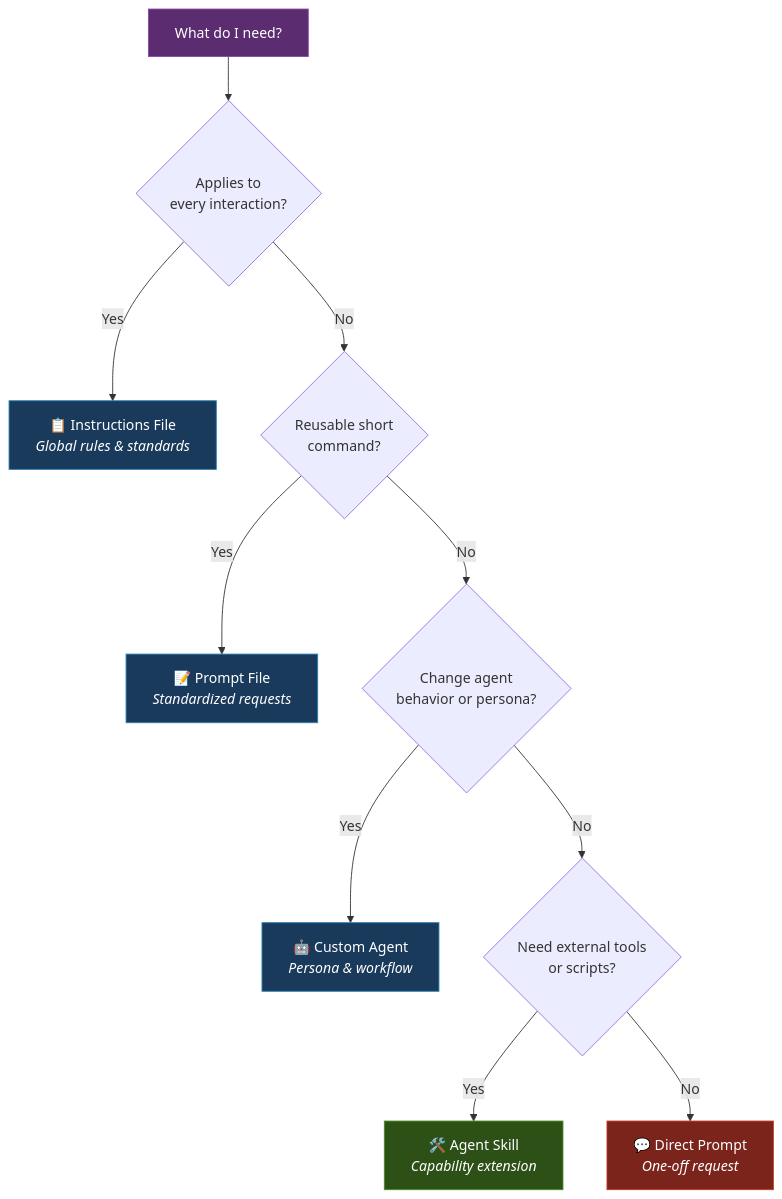
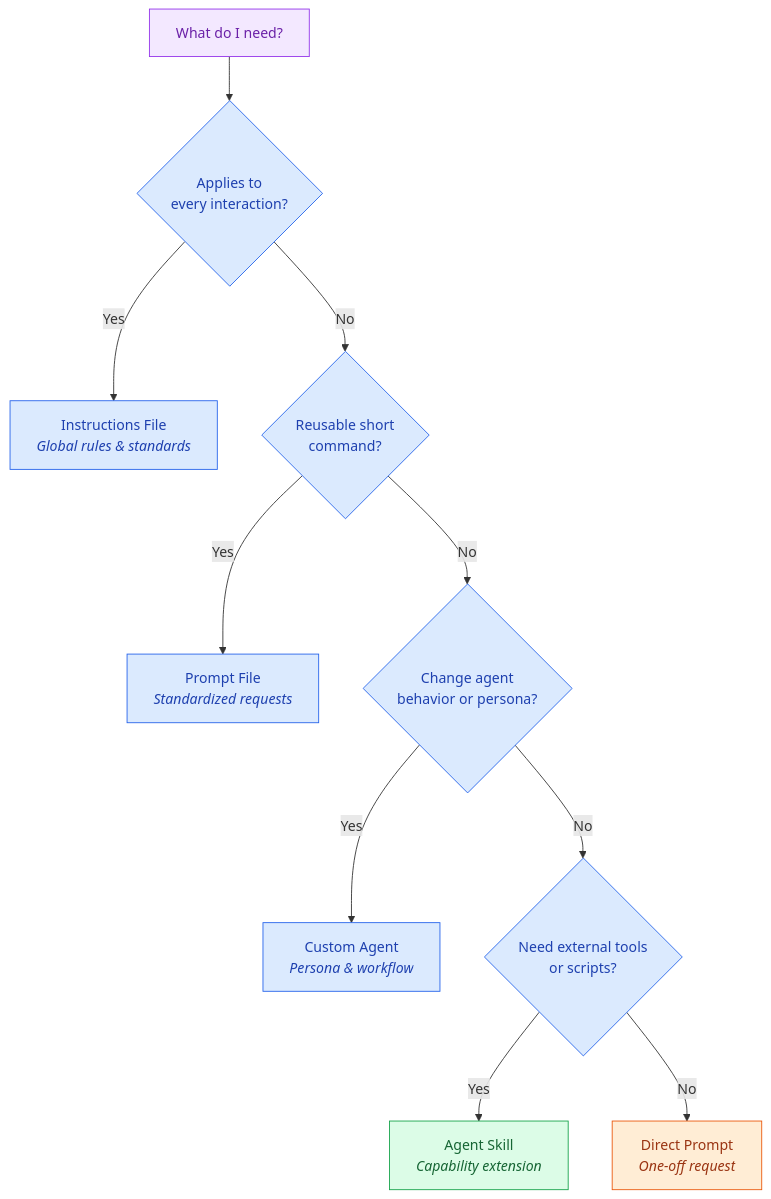
Before and after one commit to raj-champion-trader/rajchampaneriya.github.io: the fourth of 4 diagrams in hugo-site/content/blog/2026/01/2.agent-skills-the-new-shiny-object-you-actually-need.md, drawn with Mermaid. The commit also changed other lines of this file and 4 other files, not shown here.

Commit message:
style: Enhance Mermaid diagram support with semantic node classes and guidelines for consistent theming

````diff
--- a/hugo-site/content/blog/2026/01/2.agent-skills-the-new-shiny-object-you-actually-need.md
+++ b/hugo-site/content/blog/2026/01/2.agent-skills-the-new-shiny-object-you-actually-need.md
@@ -180,19 +174,18 @@
 ```mermaid
 graph TD
-    Q["What do I need?"] --> C1{"Applies to<br/>every interaction?"}
-    C1 -->|Yes| IF["📋 Instructions File<br/><i>Global rules & standards</i>"]
-    C1 -->|No| C2{"Reusable short<br/>command?"}
-    C2 -->|Yes| PF["📝 Prompt File<br/><i>Standardized requests</i>"]
-    C2 -->|No| C3{"Change agent<br/>behavior or persona?"}
-    C3 -->|Yes| CA["🤖 Custom Agent<br/><i>Persona & workflow</i>"]
-    C3 -->|No| C4{"Need external tools<br/>or scripts?"}
-    C4 -->|Yes| AS["🛠️ Agent Skill<br/><i>Capability extension</i>"]
-    C4 -->|No| DI["💬 Direct Prompt<br/><i>One-off request</i>"]
+    classDef primary fill:#dbeafe,stroke:#2563eb,color:#1e40af
+    classDef secondary fill:#dcfce7,stroke:#16a34a,color:#166534
+    classDef accent fill:#ffedd5,stroke:#ea580c,color:#9a3412
+    classDef highlight fill:#f3e8ff,stroke:#9333ea,color:#6b21a8
+    classDef neutral fill:#f1f5f9,stroke:#64748b,color:#334155
 
-    style Q fill:#5b2c6f,stroke:#8e44ad,color:#fff
-    style IF fill:#1a3a5c,stroke:#2980b9,color:#fff
-    style PF fill:#1a3a5c,stroke:#2980b9,color:#fff
-    style CA fill:#1a3a5c,stroke:#2980b9,color:#fff
-    style AS fill:#2d5016,stroke:#4a8c1c,color:#fff
-    style DI fill:#7b241c,stroke:#c0392b,color:#fff
+    Q["What do I need?"]:::highlight --> C1{"Applies to<br/>every interaction?"}:::primary
+    C1 -->|Yes| IF["Instructions File<br/><i>Global rules & standards</i>"]:::primary
+    C1 -->|No| C2{"Reusable short<br/>command?"}:::primary
+    C2 -->|Yes| PF["Prompt File<br/><i>Standardized requests</i>"]:::primary
+    C2 -->|No| C3{"Change agent<br/>behavior or persona?"}:::primary
+    C3 -->|Yes| CA["Custom Agent<br/><i>Persona & workflow</i>"]:::primary
+    C3 -->|No| C4{"Need external tools<br/>or scripts?"}:::primary
+    C4 -->|Yes| AS["Agent Skill<br/><i>Capability extension</i>"]:::secondary
+    C4 -->|No| DI["Direct Prompt<br/><i>One-off request</i>"]:::accent
 ```
````
